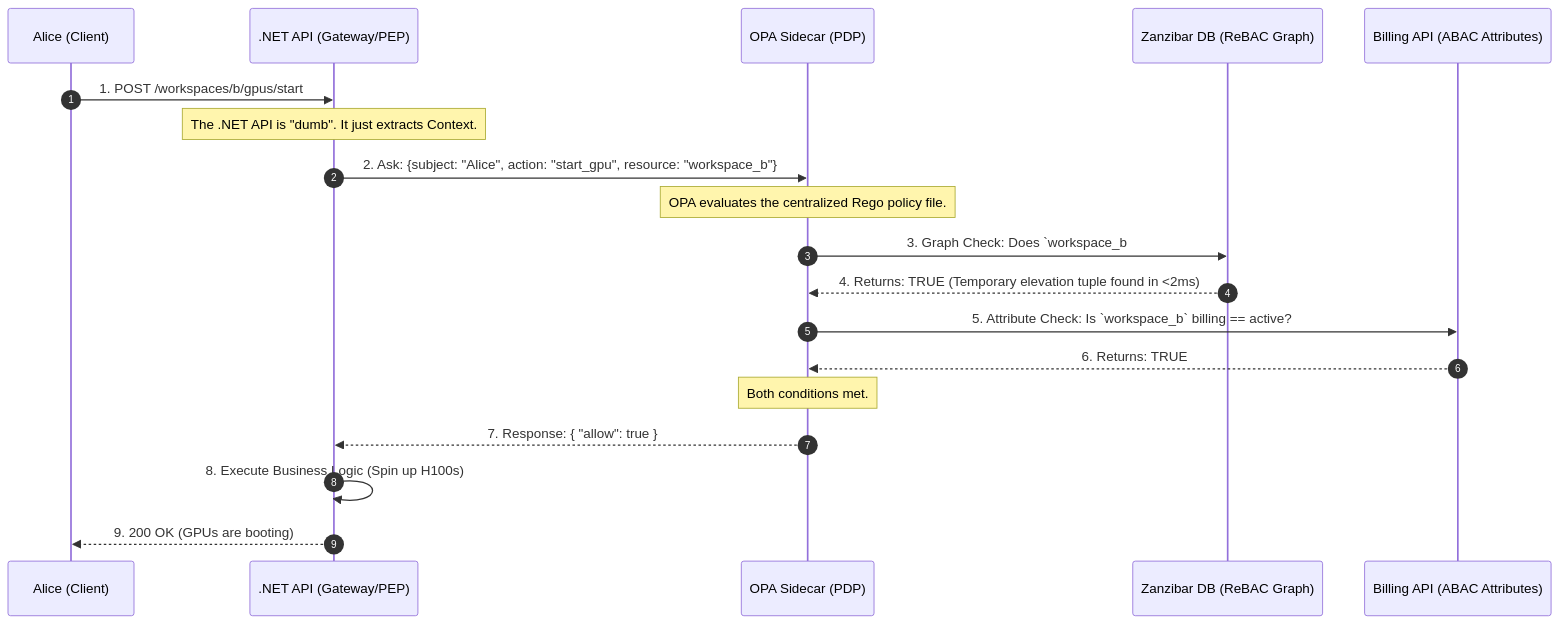
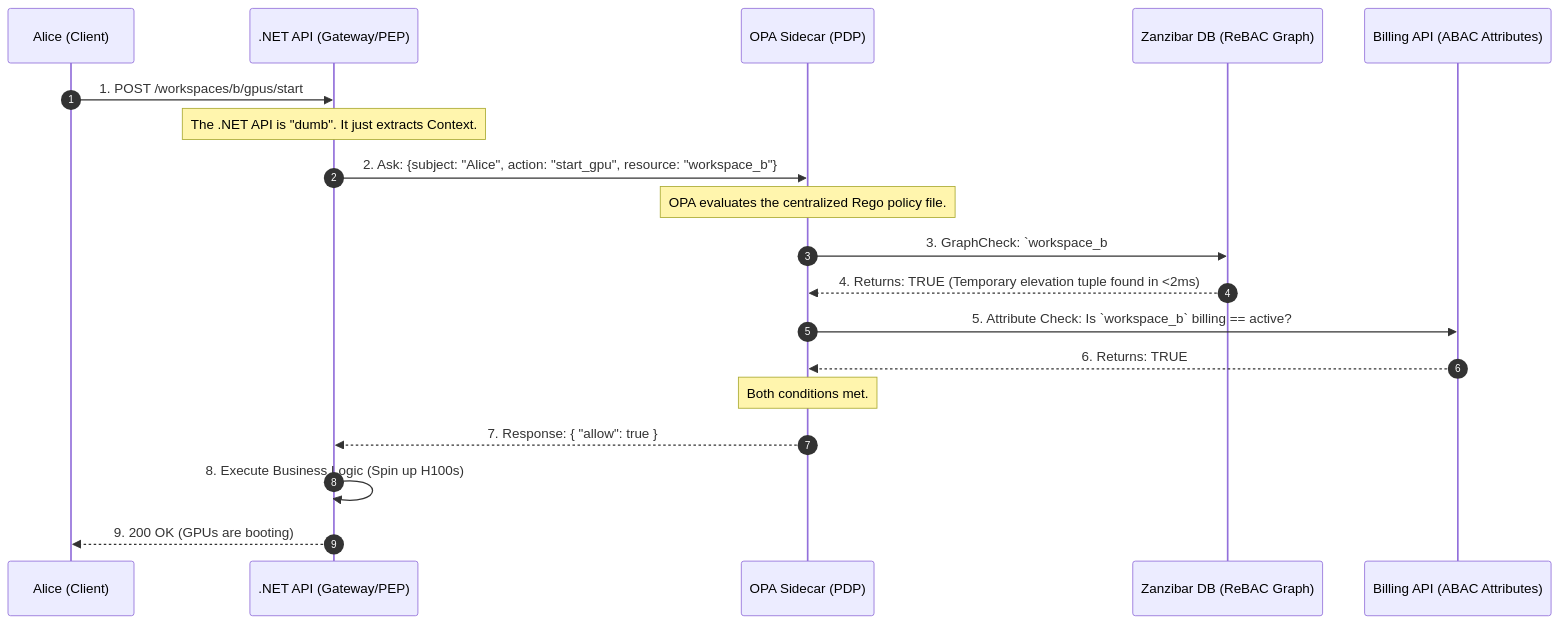
The diagram in Quiz/02-Advanced-Authorization-Policy-Engine.md (nirajp82/IdentityAccessManagement_IAM), drawn with Mermaid before and after one commit.

````diff
--- a/Quiz/02-Advanced-Authorization-Policy-Engine.md
+++ b/Quiz/02-Advanced-Authorization-Policy-Engine.md
@@ -283,30 +283,30 @@
 ```mermaid
 sequenceDiagram
     autonumber
     participant Alice as Alice (Client)
     participant API as .NET API (Gateway/PEP)
     participant OPA as OPA Sidecar (PDP)
     participant SpiceDB as Zanzibar DB (ReBAC Graph)
     participant Billing as Billing API (ABAC Attributes)
 
     Alice->>API: 1. POST /workspaces/b/gpus/start
     
     Note over API: The .NET API is "dumb". It just extracts Context.
     
     API->>OPA: 2. Ask: {subject: "Alice", action: "start_gpu", resource: "workspace_b"}
     
     Note over OPA: OPA evaluates the centralized Rego policy file.
     
-    OPA->>SpiceDB: 3. Graph Check: Does `workspace_b#admin@alice` exist?
+    OPA->>SpiceDB: 3. GraphCheck: `workspace_b#admin@alice` exist?
     SpiceDB-->>OPA: 4. Returns: TRUE (Temporary elevation tuple found in <2ms)
     
     OPA->>Billing: 5. Attribute Check: Is `workspace_b` billing == active?
     Billing-->>OPA: 6. Returns: TRUE
     
     Note over OPA: Both conditions met.
     OPA-->>API: 7. Response: { "allow": true }
     
     API->>API: 8. Execute Business Logic (Spin up H100s)
     API-->>Alice: 9. 200 OK (GPUs are booting)
 
 ```
````
